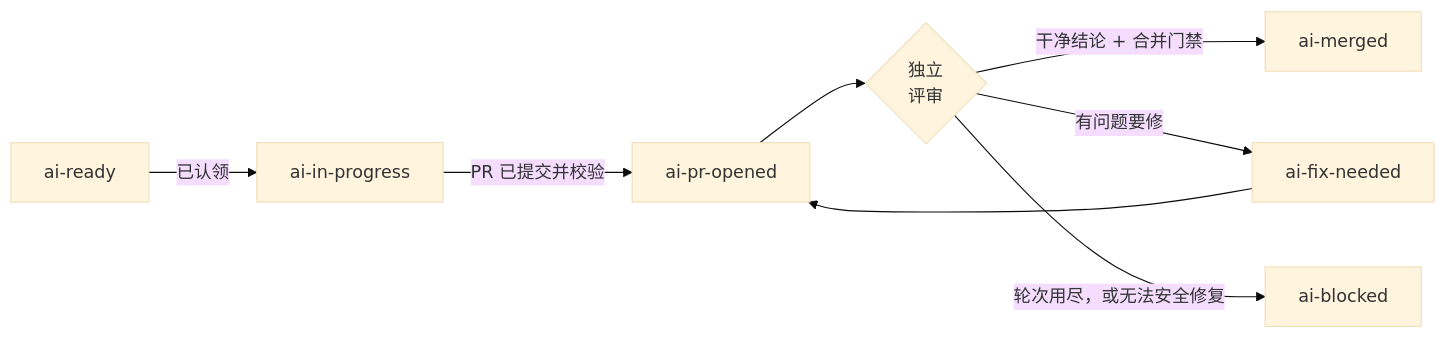
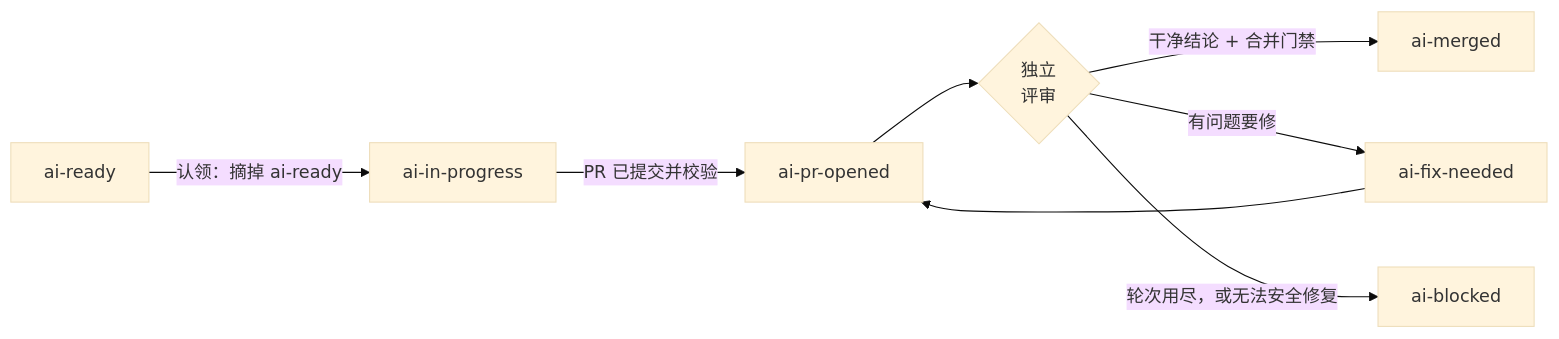
The diagram in zh/delivery-lifecycle.mdx (orbi-build/orbi-cloud-docs), drawn with Mermaid (base theme) before and after one commit. The commit also changed other lines of this file and 1 other file, not shown here.

Commit message:
文档：ai-ready 只表示排队中，认领时摘掉（中英，跟随引擎 orbi#2309，待 v0.7.54 上生产后合并）

````diff
--- a/zh/delivery-lifecycle.mdx
+++ b/zh/delivery-lifecycle.mdx
@@ -14,10 +14,10 @@
 ```mermaid
 flowchart LR
-  ready["ai-ready"] -->|已认领| progress["ai-in-progress"]
+  ready["ai-ready"] -->|认领：摘掉 ai-ready| progress["ai-in-progress"]
   progress -->|PR 已提交并校验| opened["ai-pr-opened"]
   opened --> review{"独立<br/>评审"}
   review -->|干净结论 + 合并门禁| merged["ai-merged"]
   review -->|有问题要修| fix["ai-fix-needed"]
   fix --> opened
   review -->|轮次用尽，或无法安全修复| blocked["ai-blocked"]
 ```
````
